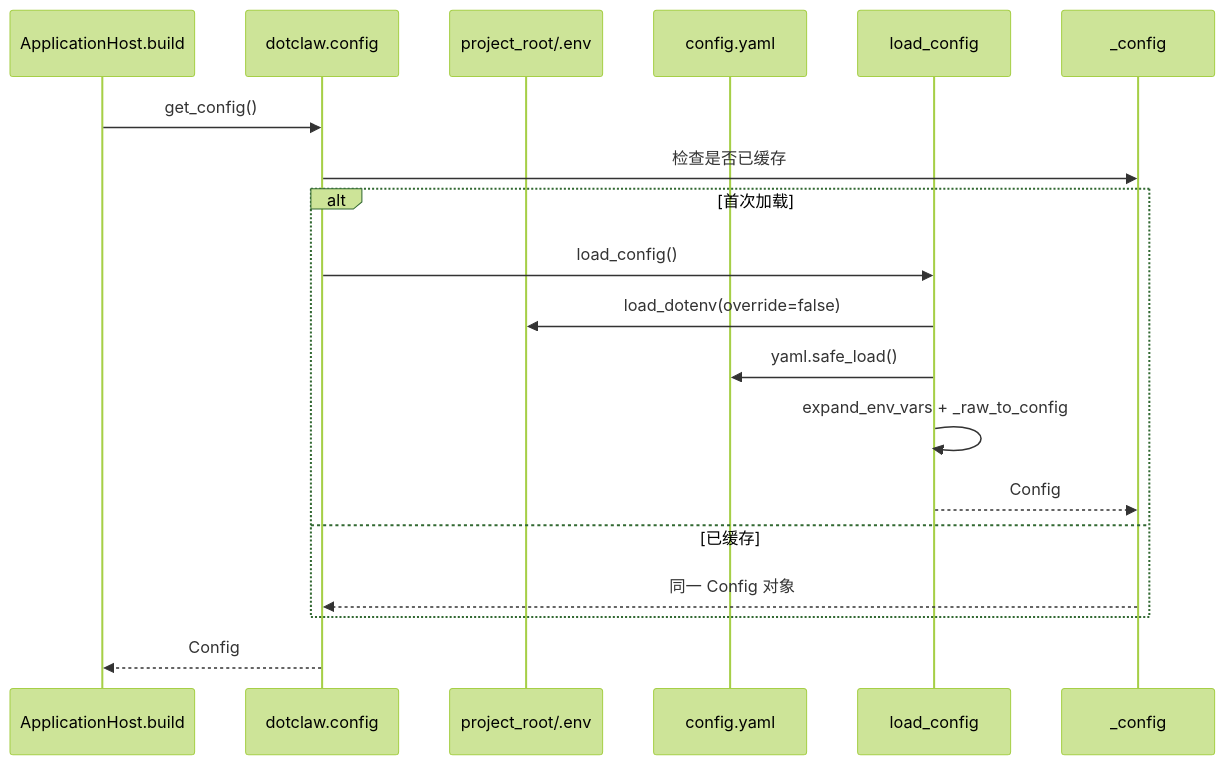
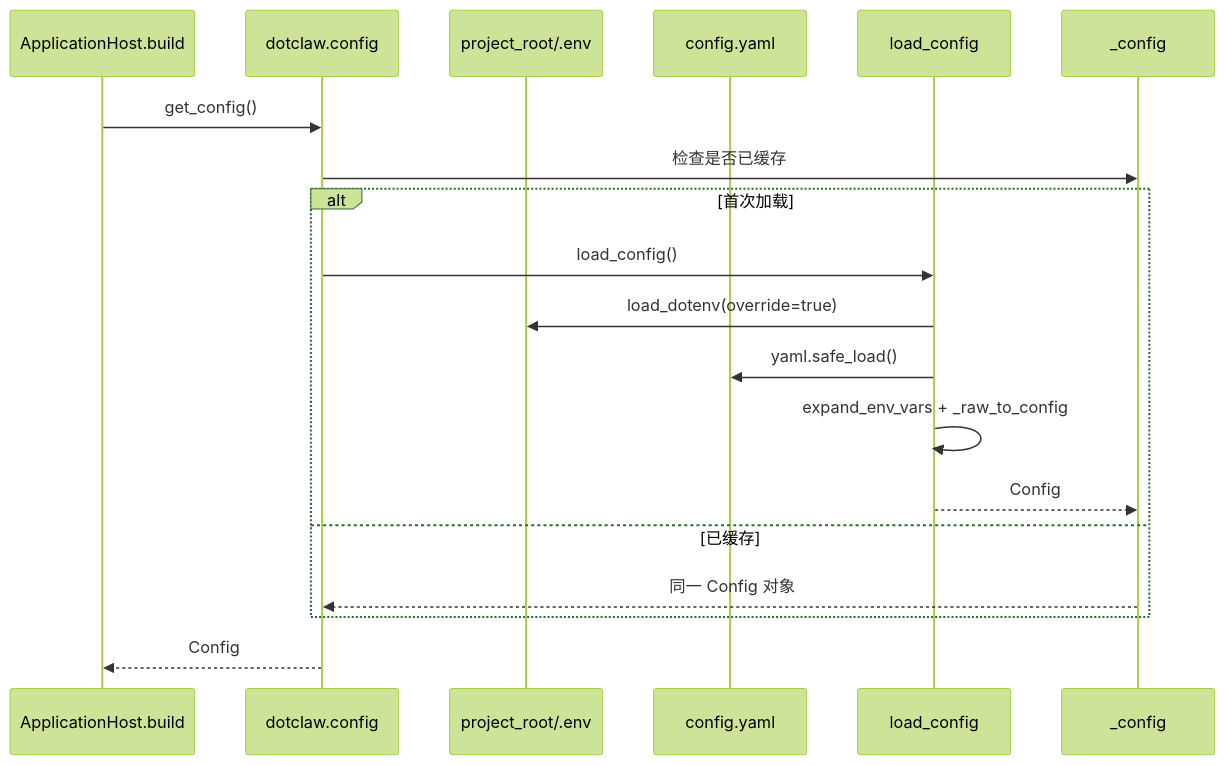
The seventh of 22 diagrams in docs/wiki/Config 模块总体说明.md (aandbcct/dotClaw), drawn with Mermaid (forest theme) before and after one commit. The commit also changed other lines of this file and 4 other files, not shown here.

````diff
--- a/docs/wiki/Config 模块总体说明.md
+++ b/docs/wiki/Config 模块总体说明.md
@@ -1001,22 +999,22 @@
 ```mermaid
 sequenceDiagram
     participant Host as ApplicationHost.build
     participant ConfigPkg as dotclaw.config
     participant Env as project_root/.env
     participant YAML as config.yaml
     participant Loader as load_config
     participant Cache as _config
 
     Host->>ConfigPkg: get_config()
     ConfigPkg->>Cache: 检查是否已缓存
     alt 首次加载
         ConfigPkg->>Loader: load_config()
-        Loader->>Env: load_dotenv(override=false)
+        Loader->>Env: load_dotenv(override=true)
         Loader->>YAML: yaml.safe_load()
         Loader->>Loader: expand_env_vars + _raw_to_config
         Loader-->>Cache: Config
     else 已缓存
         Cache-->>ConfigPkg: 同一 Config 对象
     end
     ConfigPkg-->>Host: Config
 ```
````
